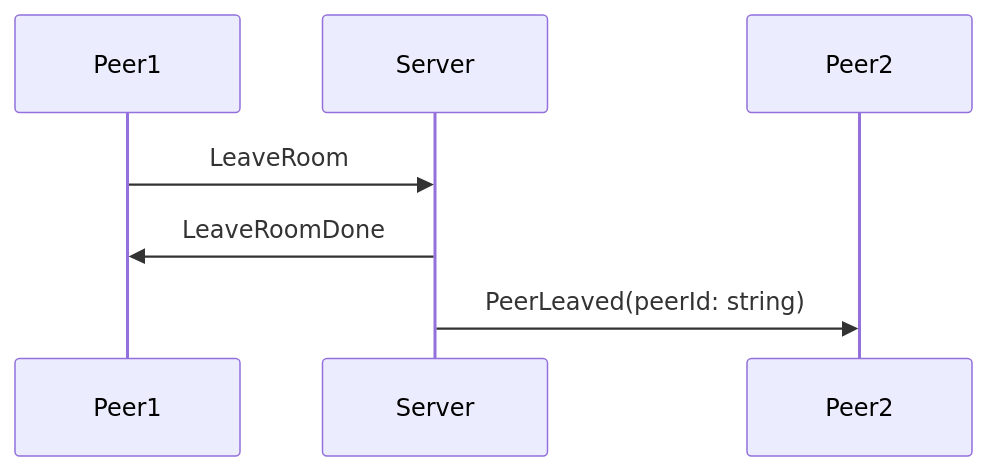
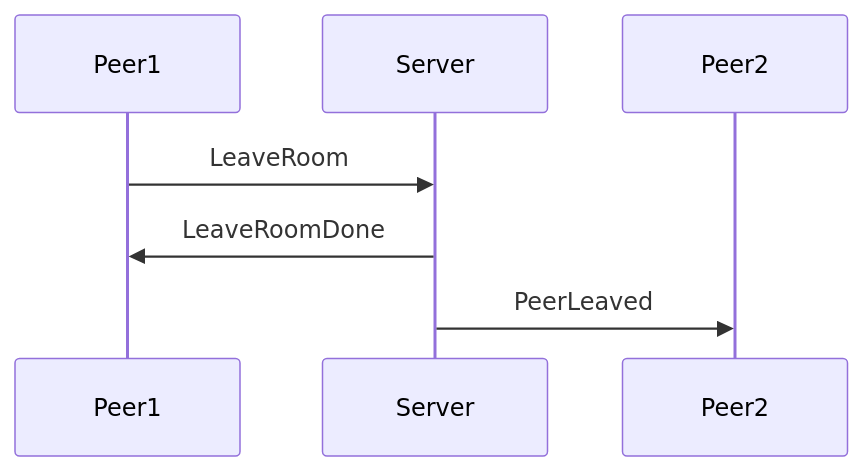
The fourth of 4 diagrams in README.md (kcg-edu-future-lab/madoi), drawn with Mermaid before and after one commit. The commit also changed other lines of this file and 1 other file, not shown here.

````diff
--- a/README.md
+++ b/README.md
@@ -150,6 +221,6 @@
 ```mermaid
 sequenceDiagram
   Peer1->>Server: LeaveRoom
   Server->>Peer1: LeaveRoomDone
-  Server->>Peer2: PeerLeaved(peerId: string)
+  Server->>Peer2: PeerLeaved
 ```
````
